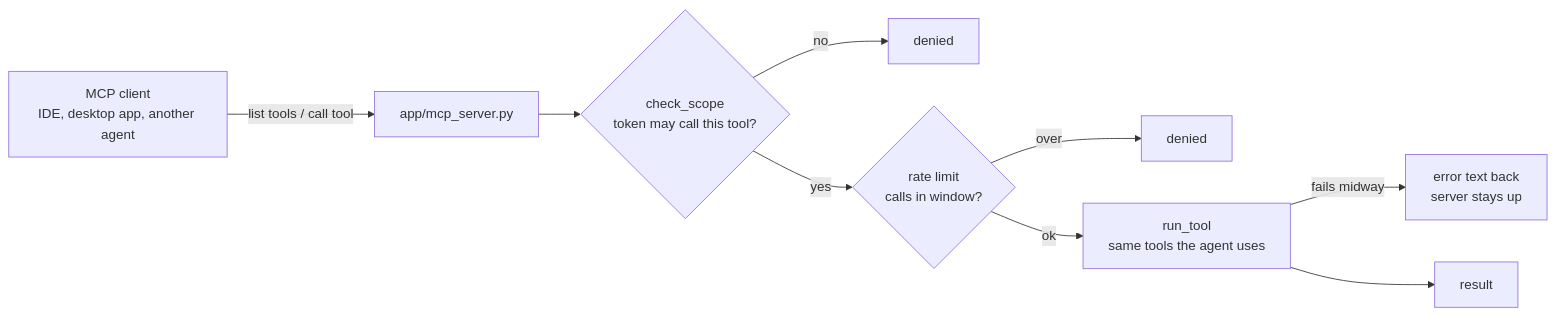
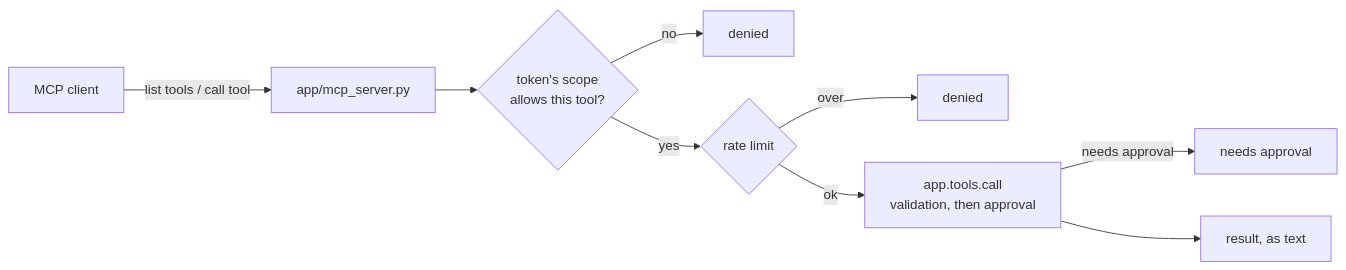
The second of 2 diagrams in weeks/4/CONCEPT.md (anilmodest/ai-eng-track), drawn with Mermaid before and after one commit. The commit also changed other lines of this file and 13 other files, not shown here.

````diff
--- a/weeks/4/CONCEPT.md
+++ b/weeks/4/CONCEPT.md
@@ -68,11 +80,11 @@
 ```mermaid
 flowchart LR
-  C["MCP client<br/>IDE, desktop app, another agent"] -- "list tools / call tool" --> S["app/mcp_server.py"]
-  S --> SC{"check_scope<br/>token may call this tool?"}
+  C["MCP client"] -- "list tools / call tool" --> S["app/mcp_server.py"]
+  S --> SC{"token's scope<br/>allows this tool?"}
   SC -- no --> D1[denied]
-  SC -- yes --> RL{"rate limit<br/>calls in window?"}
+  SC -- yes --> RL{"rate limit"}
   RL -- over --> D2[denied]
-  RL -- ok --> T["run_tool<br/>same tools the agent uses"]
-  T -- "fails midway" --> E["error text back<br/>server stays up"]
-  T --> R[result]
+  RL -- ok --> T["app.tools.call<br/>validation, then approval"]
+  T -- "needs approval" --> P[needs approval]
+  T --> R[result, as text]
 ```
````
